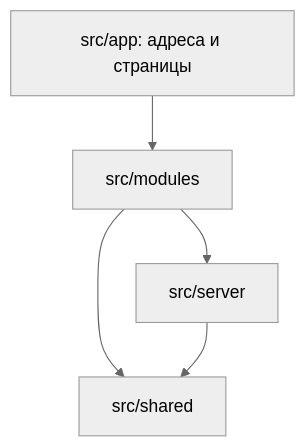
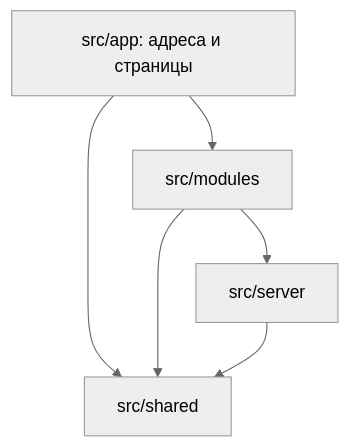
Before and after one commit to a20x/avocado-travel: the third of 3 diagrams in docs/03-architecture.md, drawn with Mermaid (neutral theme). The commit also changed other lines of this file and 20 other files, not shown here.

````diff
--- a/docs/03-architecture.md
+++ b/docs/03-architecture.md
@@ -119,7 +119,8 @@
 ```mermaid
 flowchart TB
   app[src/app: адреса и страницы] --> modules[src/modules]
-  modules --> shared[src/shared]
+  app --> shared[src/shared]
+  modules --> shared
   modules --> server[src/server]
   server --> shared
 ```
````
